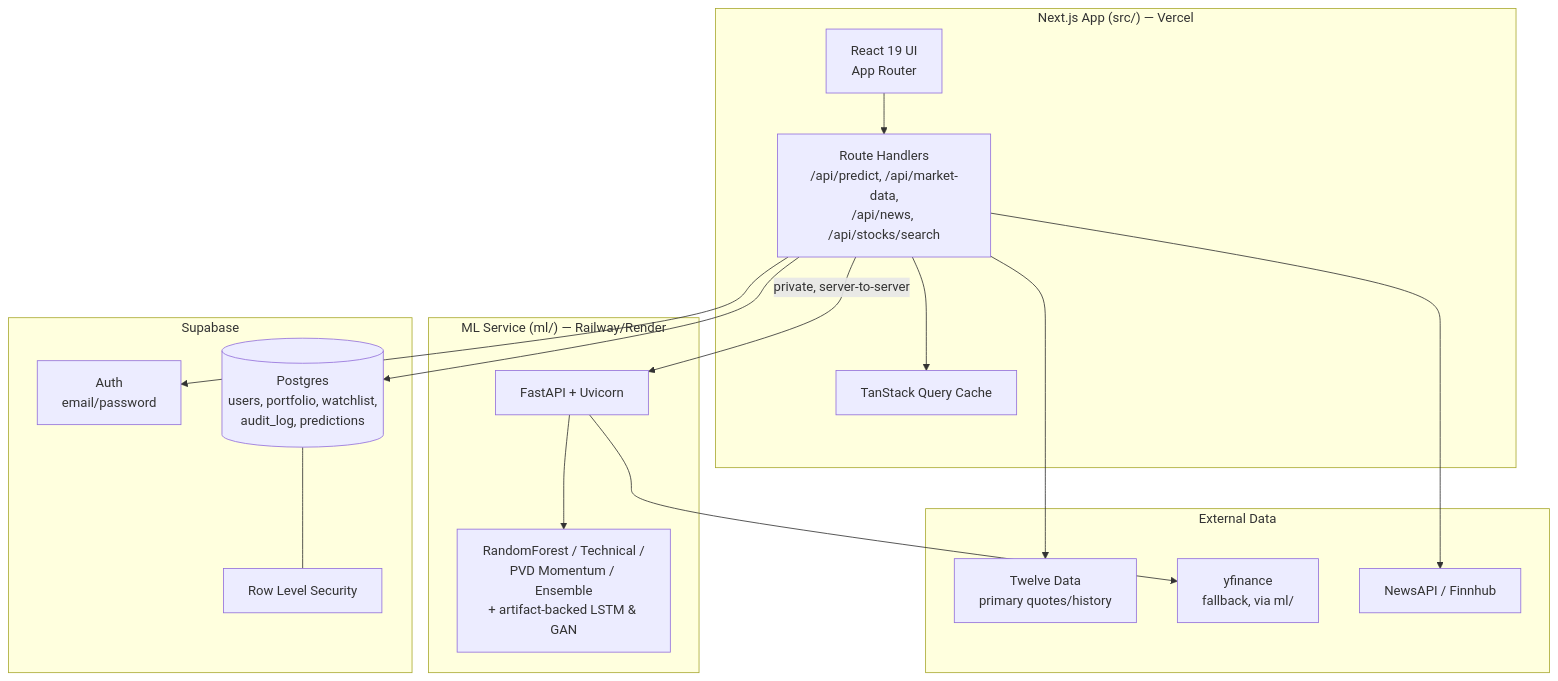
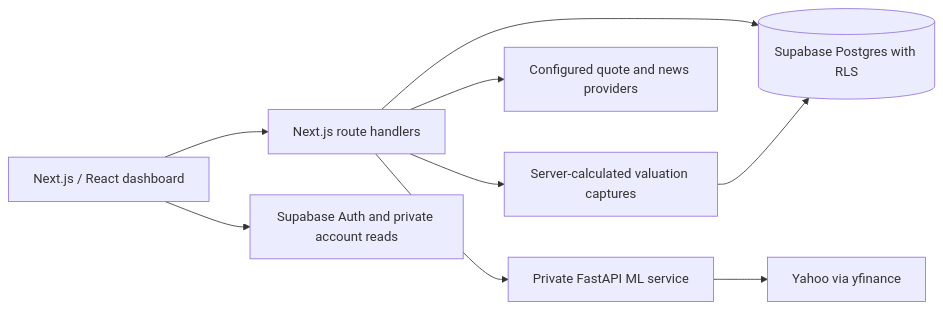
One commit to aaron-seq/Roneira-AI-HIFI changed the diagram in README.md. Above: the diagram before and after it, drawn with Mermaid. The commit also changed other lines of this file and 23 other files, not shown here.

Commit message:
docs(product): establish governed data project and delivery roadmap

````diff
--- a/README.md
+++ b/README.md
@@ -179,36 +113,11 @@
 ```mermaid
-graph TB
-    subgraph "Next.js App (src/) — Vercel"
-        UI[React 19 UI<br/>App Router]
-        API[Route Handlers<br/>/api/predict, /api/market-data,<br/>/api/news, /api/stocks/search]
-        RQ[TanStack Query Cache]
-    end
-
-    subgraph "ML Service (ml/) — Railway/Render"
-        MLAPI[FastAPI + Uvicorn]
-        Models[RandomForest / Technical /<br/>PVD Momentum / Ensemble<br/>+ artifact-backed LSTM & GAN]
-    end
-
-    subgraph "Supabase"
-        Auth[Auth<br/>email/password]
-        Postgres[(Postgres<br/>users, portfolio, watchlist,<br/>audit_log, predictions)]
-        RLS[Row Level Security]
-    end
-
-    subgraph "External Data"
-        TwelveData[Twelve Data<br/>primary quotes/history]
-        YFinance[yfinance<br/>fallback, via ml/]
-        NewsAPI[NewsAPI / Finnhub]
-    end
-
-    UI --> API
-    API --> RQ
-    API -->|private, server-to-server| MLAPI
-    MLAPI --> Models
-    API --> Auth
-    API --> Postgres
-    Postgres --- RLS
-    API --> TwelveData
-    MLAPI --> YFinance
-    API --> NewsAPI
+flowchart LR
+    UI[Next.js / React dashboard] --> API[Next.js route handlers]
+    UI --> Auth[Supabase Auth and private account reads]
+    API --> DB[(Supabase Postgres with RLS)]
+    API --> ML[Private FastAPI ML service]
+    API --> Providers[Configured quote and news providers]
+    ML --> Yahoo[Yahoo via yfinance]
+    API --> Snapshots[Server-calculated valuation captures]
+    Snapshots --> DB
 ```
````
